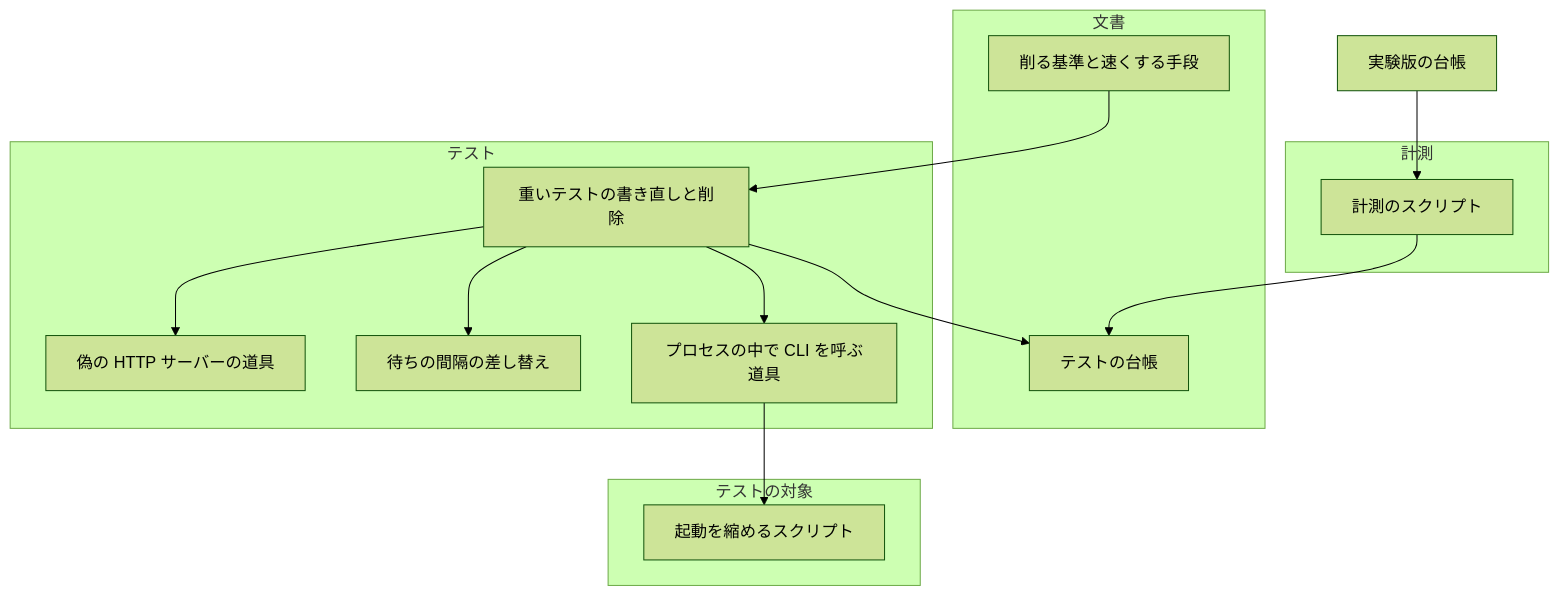
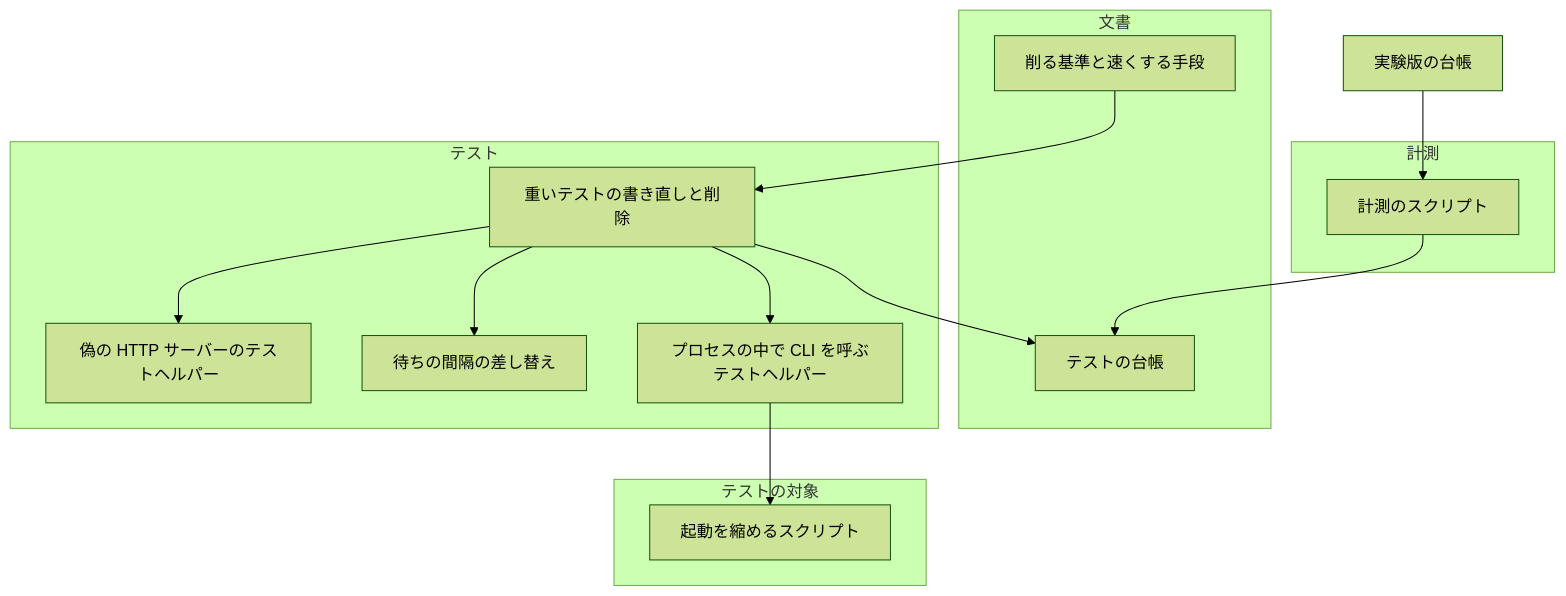
One commit to devbasex/ai-plugins changed the first of 2 diagrams in issues/issue-2309-design.md. Above: the diagram before and after it, drawn with Mermaid (forest theme). The commit also changed other lines of this file, not shown here.

````diff
--- a/issues/issue-2309-design.md
+++ b/issues/issue-2309-design.md
@@ -135,27 +135,27 @@
 ```mermaid
 graph TD
     subgraph 文書
         G[削る基準と速くする手段]
         L[テストの台帳]
     end
     subgraph 計測
         M[計測のスクリプト]
     end
     subgraph テスト
-        H[偽の HTTP サーバーの道具]
+        H[偽の HTTP サーバーのテストヘルパー]
         P[待ちの間隔の差し替え]
-        I[プロセスの中で CLI を呼ぶ道具]
+        I[プロセスの中で CLI を呼ぶテストヘルパー]
         T[重いテストの書き直しと削除]
     end
     subgraph テストの対象
         S[起動を縮めるスクリプト]
     end
     G --> T
     T --> H
     T --> P
     T --> I
     I --> S
     T --> L
     M --> L
     X[実験版の台帳] --> M
 ```
````
